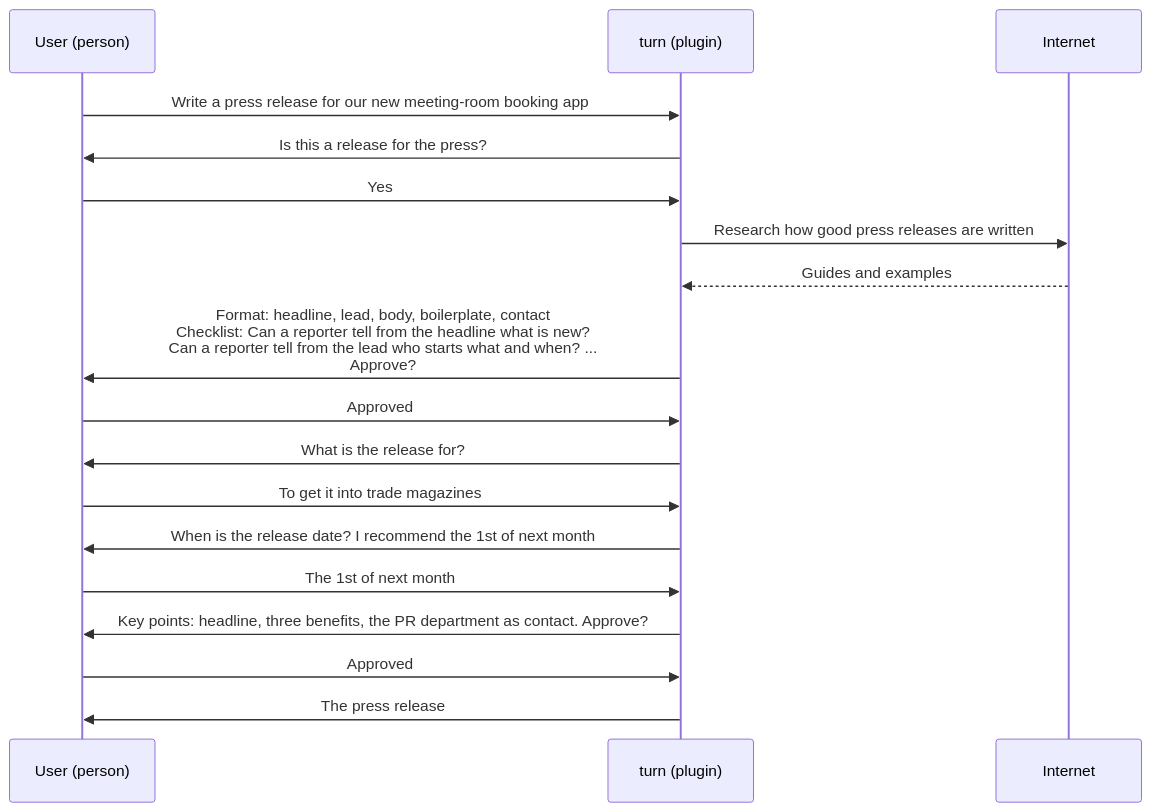
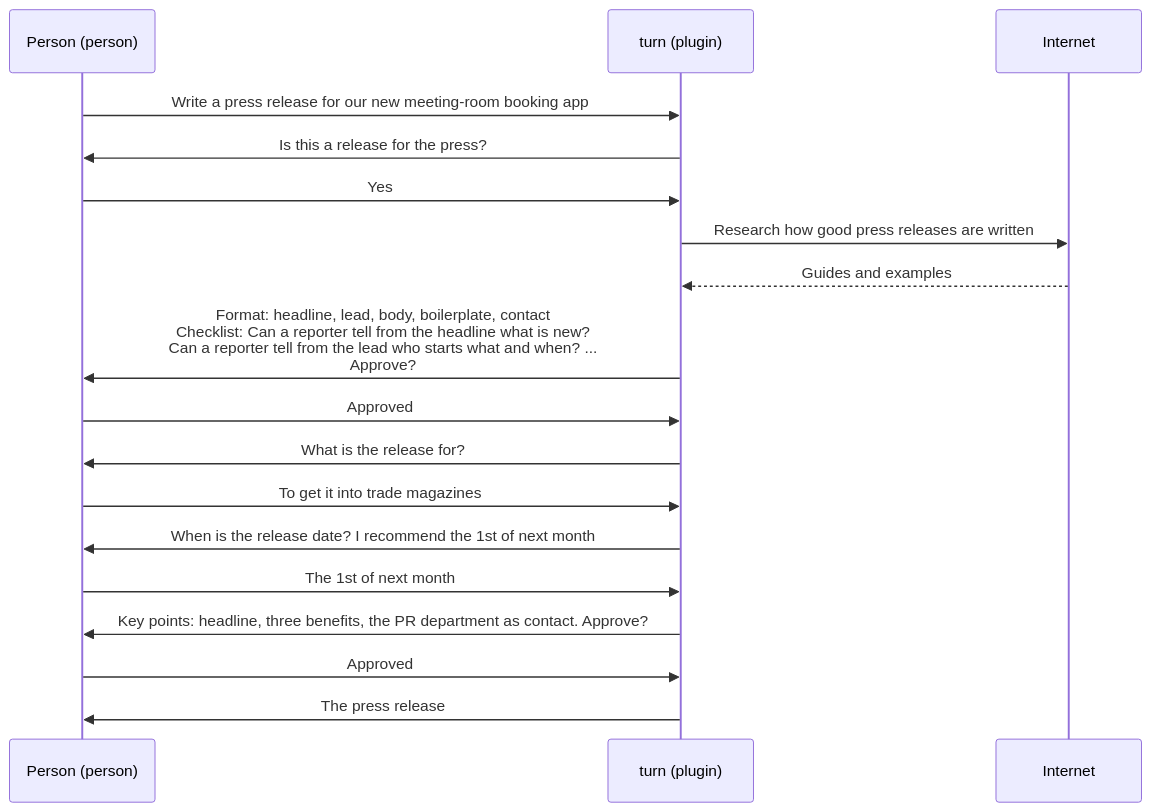
Before and after one commit to lovaizu/ccpm: the diagram in dev/turn/ux.md, drawn with Mermaid. The commit also changed other lines of this file and 1 other file, not shown here.

First line of the commit message:
turn's UX checked against its design tree; one name, the person and the work, as the README says

````diff
--- a/dev/turn/ux.md
+++ b/dev/turn/ux.md
@@ -20,20 +20,20 @@
 ```mermaid
 sequenceDiagram
-  participant User as User (person)
+  participant User as Person (person)
   participant turn as turn (plugin)
   participant Web as Internet
   User->>turn: Write a press release for our new meeting-room booking app
   turn->>User: Is this a release for the press?
   User->>turn: Yes
   turn->>Web: Research how good press releases are written
   Web-->>turn: Guides and examples
   turn->>User: Format: headline, lead, body, boilerplate, contact<br/>Checklist: Can a reporter tell from the headline what is new?<br/>Can a reporter tell from the lead who starts what and when? ...<br/>Approve?
   User->>turn: Approved
   turn->>User: What is the release for?
   User->>turn: To get it into trade magazines
   turn->>User: When is the release date? I recommend the 1st of next month
   User->>turn: The 1st of next month
   turn->>User: Key points: headline, three benefits, the PR department as contact. Approve?
   User->>turn: Approved
   turn->>User: The press release
 ```
````
